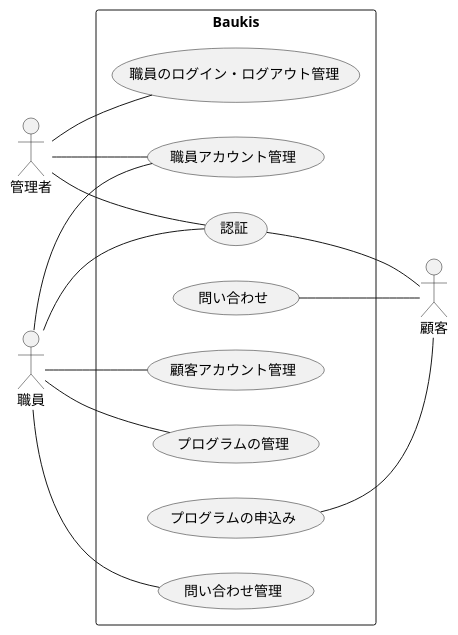
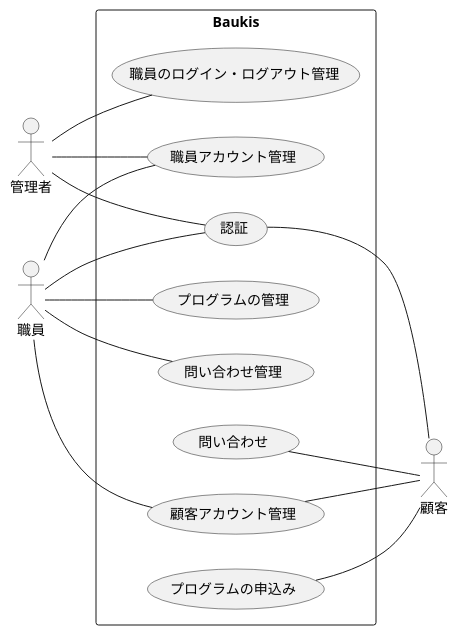
One commit to k2works/etude_for_rails changed the diagram in docs/dev/baukis/use_case.puml. Above: the diagram before and after it, drawn with PlantUML. The commit also changed 2 other files, not shown here.

```diff
--- a/docs/dev/baukis/use_case.puml
+++ b/docs/dev/baukis/use_case.puml
@@ -1,20 +1,21 @@
 @startuml
 left to right direction
 skinparam packageStyle rectangle
 actor 管理者
 actor 職員
 actor 顧客
 rectangle Baukis {
   管理者 -- (認証)
   管理者 -- (職員アカウント管理)
   管理者 -- (職員のログイン・ログアウト管理)
   職員 -- (認証)
   職員 -- (職員アカウント管理)
   職員 -- (顧客アカウント管理)
   職員 -- (プログラムの管理)
   職員 -- (問い合わせ管理)
   (認証) -- 顧客
   (プログラムの申込み) -- 顧客
   (問い合わせ) -- 顧客
+  (顧客アカウント管理) -- 顧客
 }
 @enduml
```
